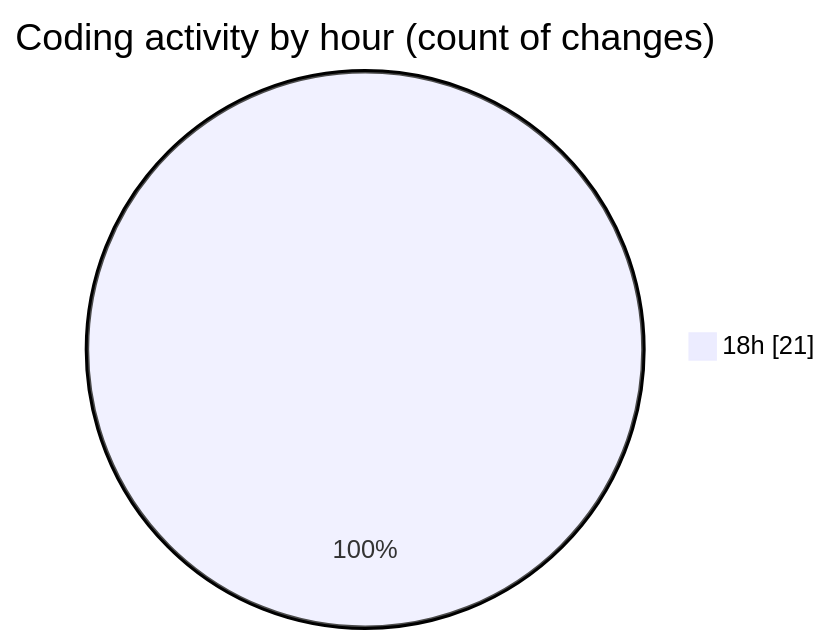
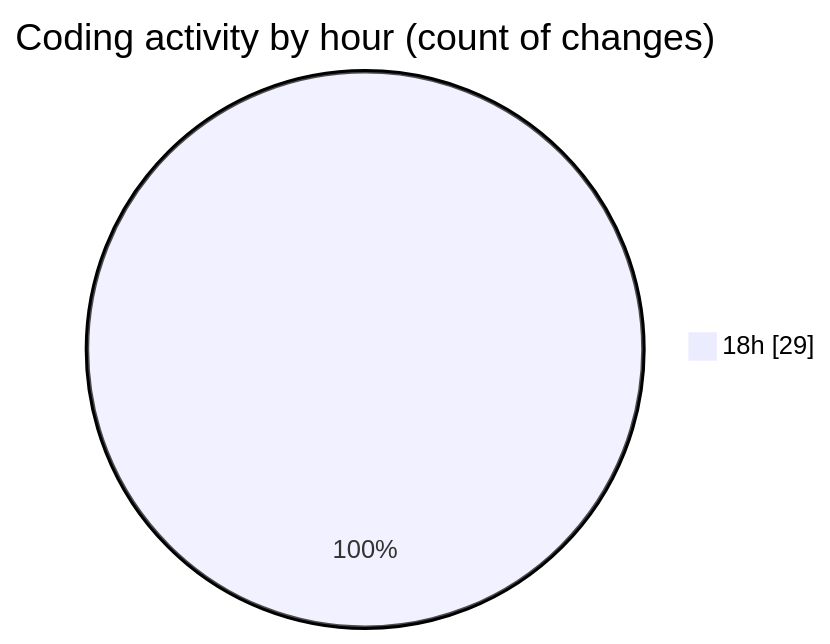
Before and after one commit to Netris89/code-tracking: the second of 2 diagrams in 2025-04-02/back-end/README.md, drawn with Mermaid. The commit also changed other lines of this file and 1 other file, not shown here.

````diff
--- a/2025-04-02/back-end/README.md
+++ b/2025-04-02/back-end/README.md
@@ -28,5 +28,5 @@
 ```mermaid
 pie showData
 title Coding activity by hour (count of changes)
-"18h" : 21
+"18h" : 29
 ```
````
